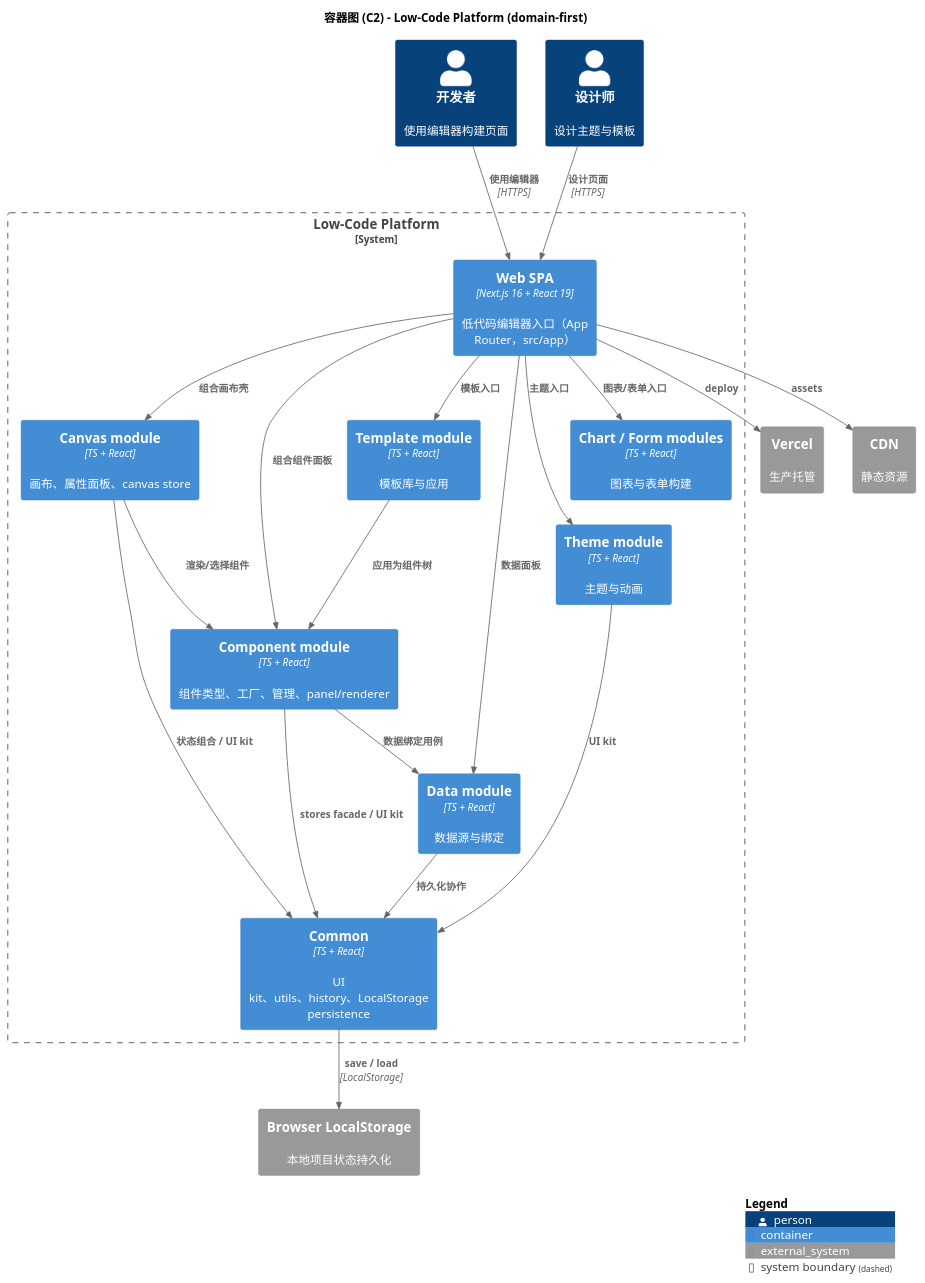
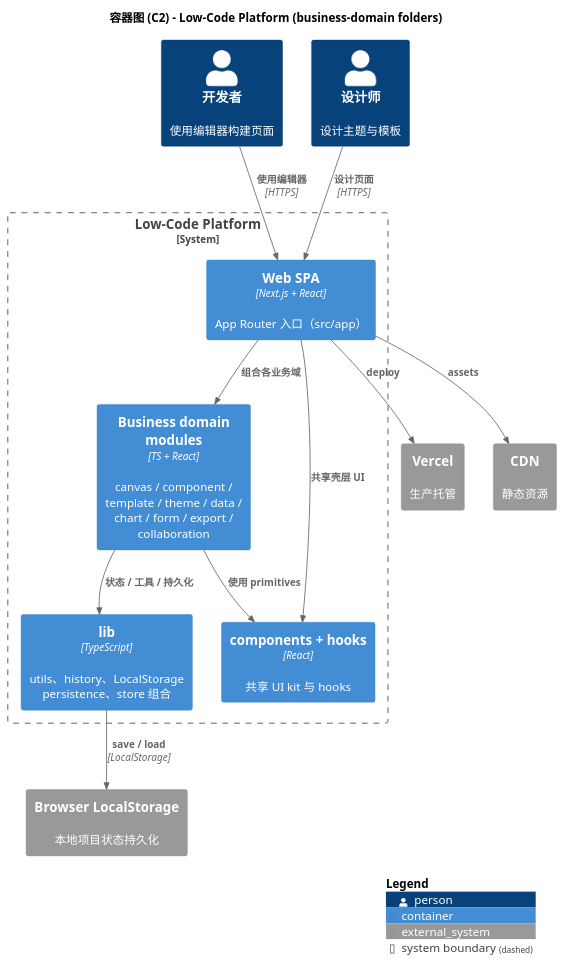
The diagram in docs/developer/c4-model/C2-Container.puml (felixzhu97/low-code-platform), drawn with PlantUML before and after one commit. The commit also changed 307 other files, not shown here.

First line of the commit message:
refactor: organize src by business domain folders (#9)

```diff
--- a/docs/developer/c4-model/C2-Container.puml
+++ b/docs/developer/c4-model/C2-Container.puml
@@ -1,50 +1,36 @@
 @startuml C2-Container
 !include https://raw.githubusercontent.com/plantuml-stdlib/C4-PlantUML/master/C4_Container.puml
 
 LAYOUT_WITH_LEGEND()
 
-title 容器图 (C2) - Low-Code Platform (domain-first)
+title 容器图 (C2) - Low-Code Platform (business-domain folders)
 
 Person(developer, "开发者", "使用编辑器构建页面")
 Person(designer, "设计师", "设计主题与模板")
 
 System_Boundary(lcp, "Low-Code Platform") {
-    Container(spa, "Web SPA", "Next.js 16 + React 19", "低代码编辑器入口（App Router，src/app）")
+    Container(spa, "Web SPA", "Next.js + React", "App Router 入口（src/app）")
 
-    Container(canvasMod, "Canvas module", "TS + React", "画布、属性面板、canvas store")
-    Container(componentMod, "Component module", "TS + React", "组件类型、工厂、管理、panel/renderer")
-    Container(templateMod, "Template module", "TS + React", "模板库与应用")
-    Container(themeMod, "Theme module", "TS + React", "主题与动画")
-    Container(dataMod, "Data module", "TS + React", "数据源与绑定")
-    Container(chartForm, "Chart / Form modules", "TS + React", "图表与表单构建")
-    Container(commonMod, "Common", "TS + React", "UI kit、utils、history、LocalStorage persistence")
+    Container(domains, "Business domain modules", "TS + React", "canvas / component / template / theme / data / chart / form / export / collaboration")
+    Container(sharedUi, "components + hooks", "React", "共享 UI kit 与 hooks")
+    Container(sharedLib, "lib", "TypeScript", "utils、history、LocalStorage persistence、store 组合")
 }
 
 System_Ext(browser_storage, "Browser LocalStorage", "本地项目状态持久化")
 System_Ext(vercel, "Vercel", "生产托管")
 System_Ext(cdn, "CDN", "静态资源")
 
 Rel(developer, spa, "使用编辑器", "HTTPS")
 Rel(designer, spa, "设计页面", "HTTPS")
 
-Rel(spa, canvasMod, "组合画布壳")
-Rel(spa, componentMod, "组合组件面板")
-Rel(spa, templateMod, "模板入口")
-Rel(spa, themeMod, "主题入口")
-Rel(spa, dataMod, "数据面板")
-Rel(spa, chartForm, "图表/表单入口")
-
-Rel(canvasMod, componentMod, "渲染/选择组件")
-Rel(canvasMod, commonMod, "状态组合 / UI kit")
-Rel(componentMod, dataMod, "数据绑定用例")
-Rel(componentMod, commonMod, "stores facade / UI kit")
-Rel(templateMod, componentMod, "应用为组件树")
-Rel(themeMod, commonMod, "UI kit")
-Rel(dataMod, commonMod, "持久化协作")
-Rel(commonMod, browser_storage, "save / load", "LocalStorage")
+Rel(spa, domains, "组合各业务域")
+Rel(spa, sharedUi, "共享壳层 UI")
+Rel(domains, sharedUi, "使用 primitives")
+Rel(domains, sharedLib, "状态 / 工具 / 持久化")
+Rel(sharedLib, browser_storage, "save / load", "LocalStorage")
 
 Rel(spa, vercel, "deploy")
 Rel(spa, cdn, "assets")
 
 SHOW_LEGEND()
 @enduml
```
